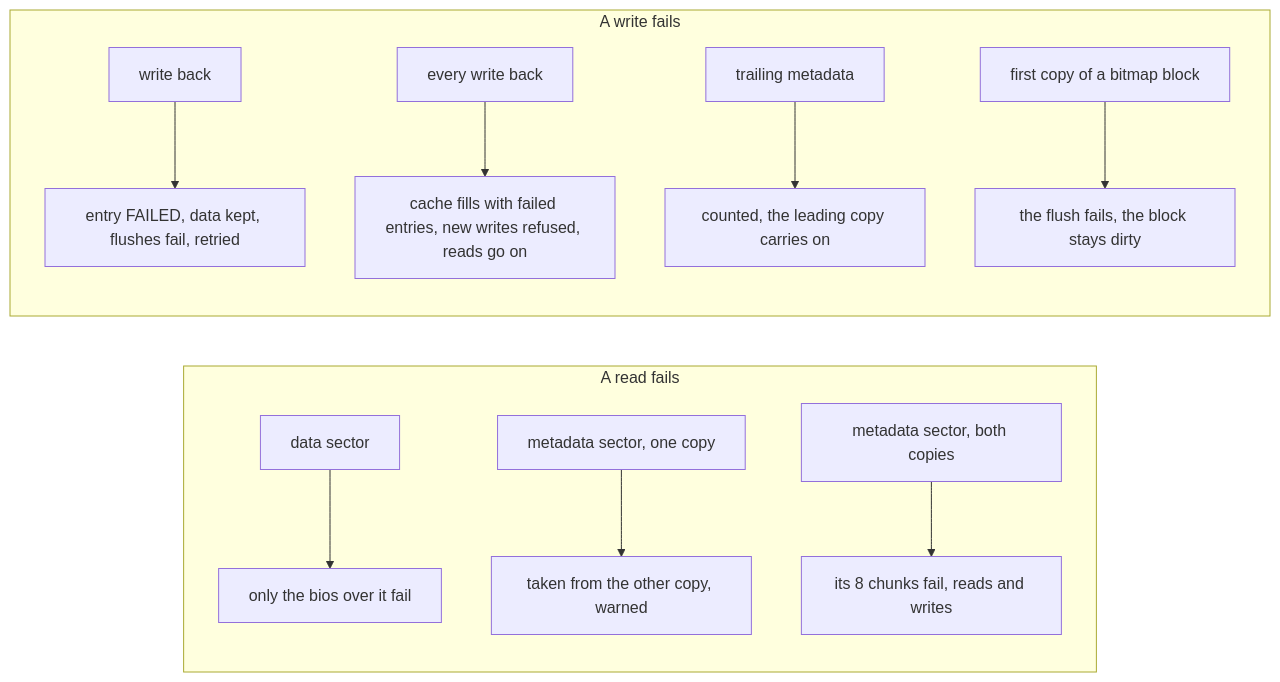
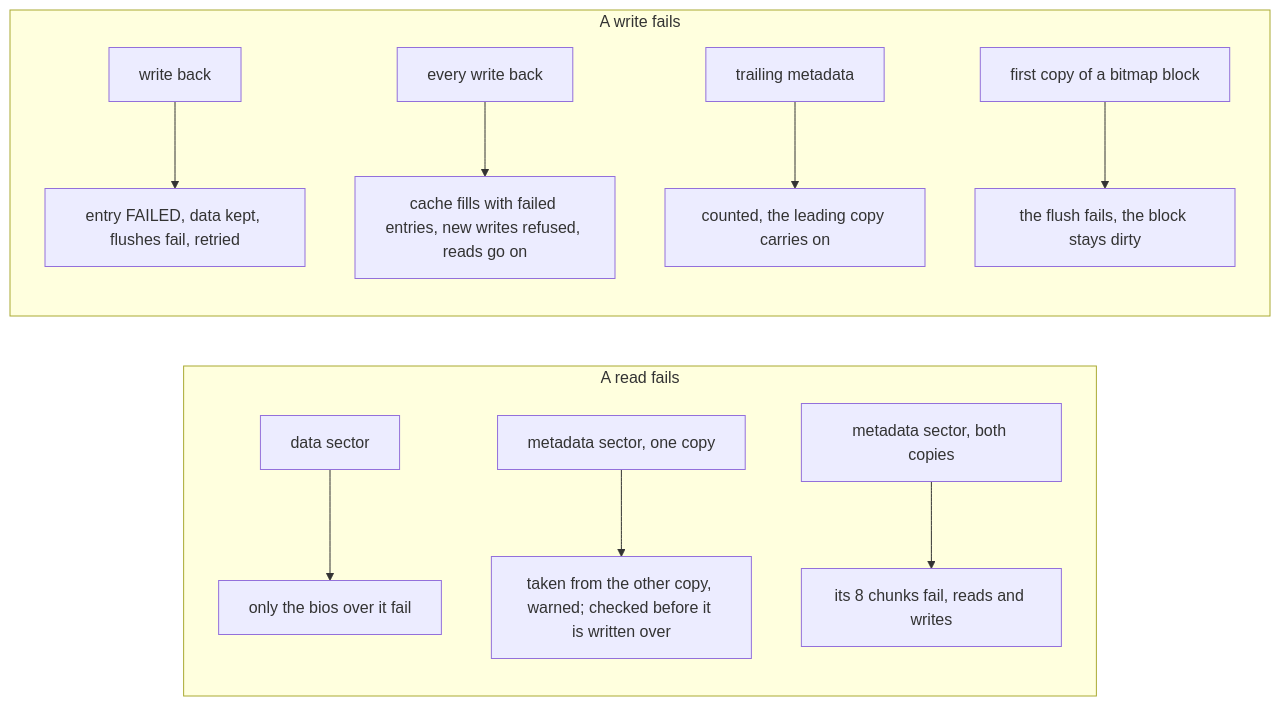
Diagram 14 of 20 in docs/en/DIAGRAMS.md (Dx-by-Dy/Automatic-Error-Correction-Driver), drawn with Mermaid before and after one commit. The commit also changed other lines of this file and 16 other files, not shown here.

````diff
--- a/docs/en/DIAGRAMS.md
+++ b/docs/en/DIAGRAMS.md
@@ -386,14 +386,14 @@
 ```mermaid
 flowchart LR
     subgraph reads["A read fails"]
         rd["data sector"] --> rdo["only the bios over it fail"]
-        rm1["metadata sector, one copy"] --> rm1o["taken from the other copy, warned"]
+        rm1["metadata sector, one copy"] --> rm1o["taken from the other copy, warned; checked before it is written over"]
         rm2["metadata sector, both copies"] --> rm2o["its 8 chunks fail, reads and writes"]
     end
     subgraph writes["A write fails"]
         wd["write back"] --> wdo["entry FAILED, data kept, flushes fail, retried"]
         wf["every write back"] --> wfo["cache fills with failed entries, new writes refused, reads go on"]
         wt["trailing metadata"] --> wto["counted, the leading copy carries on"]
         wb["first copy of a bitmap block"] --> wbo["the flush fails, the block stays dirty"]
     end
 ```
````
